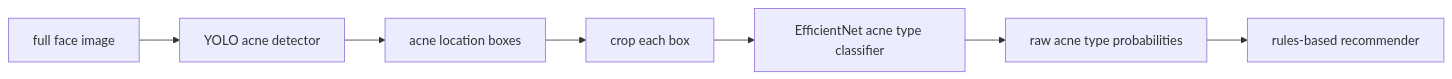
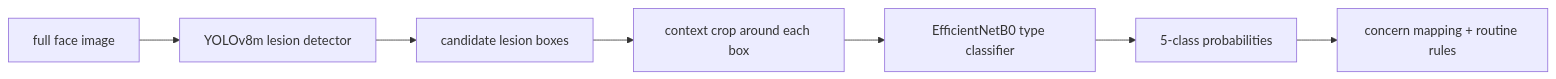
The diagram in README.md (Kumario1/skinscan), drawn with Mermaid before and after one commit. The commit also changed other lines of this file, not shown here.

````diff
--- a/README.md
+++ b/README.md
@@ -33,9 +14,9 @@
 ```mermaid
 flowchart LR
-    A["full face image"] --> B["YOLO acne detector"]
-    B --> C["acne location boxes"]
-    C --> D["crop each box"]
-    D --> E["EfficientNet acne type classifier"]
-    E --> F["raw acne type probabilities"]
-    F --> G["rules-based recommender"]
+    I["full face image"] --> D["YOLOv8m lesion detector"]
+    D --> B["candidate lesion boxes"]
+    B --> C["context crop around each box"]
+    C --> E["EfficientNetB0 type classifier"]
+    E --> P["5-class probabilities"]
+    P --> R["concern mapping + routine rules"]
 ```
````
